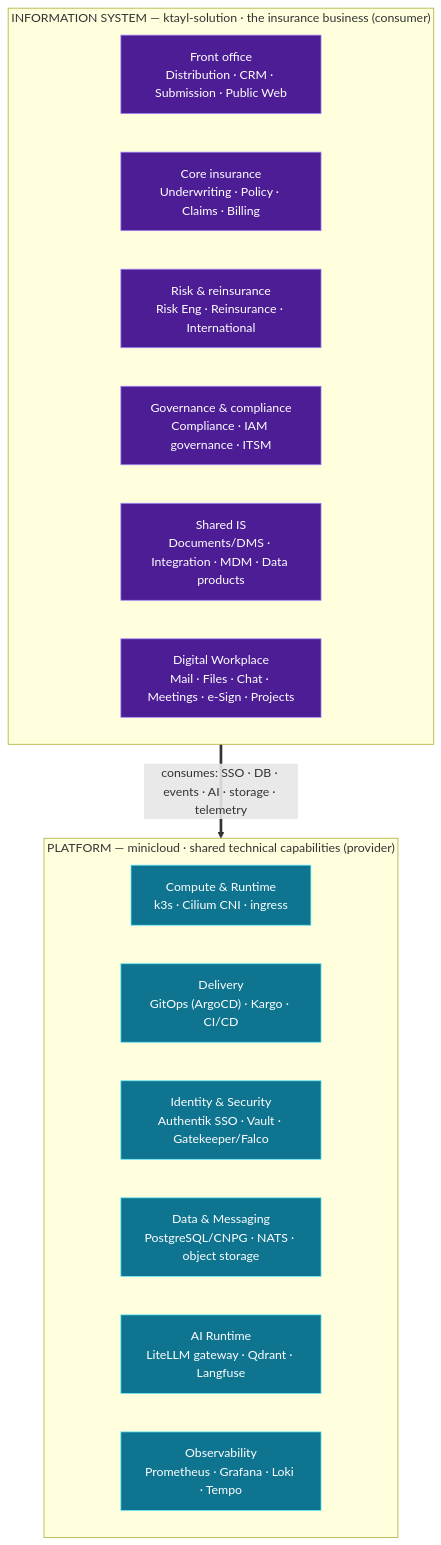
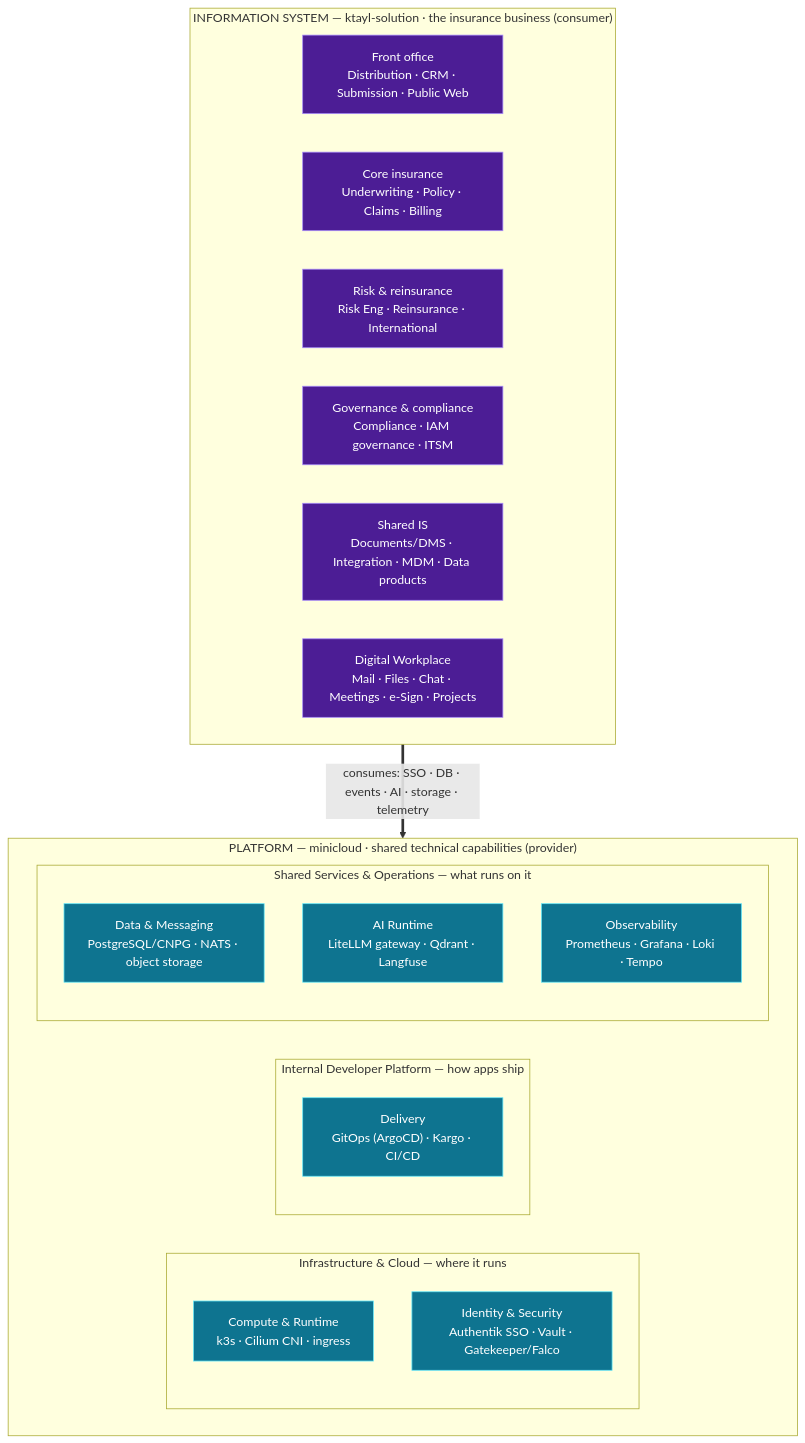
One commit to andrelair-platform/minicloud-platform-docs changed the diagram in docs/architecture/index.md. Above: the diagram before and after it, drawn with Mermaid. The commit also changed other lines of this file and 3 other files, not shown here.

First line of the commit message:
docs: one coherent Platform model across sidebar, architecture diagram & System Design (#458)

````diff
--- a/docs/architecture/index.md
+++ b/docs/architecture/index.md
@@ -48,29 +50,35 @@
 ```mermaid
 flowchart TB
   subgraph IS["INFORMATION SYSTEM — ktayl-solution · the insurance business (consumer)"]
     direction LR
     FO["Front office<br/>Distribution · CRM · Submission · Public Web"]
     CORE["Core insurance<br/>Underwriting · Policy · Claims · Billing"]
     RR["Risk &amp; reinsurance<br/>Risk Eng · Reinsurance · International"]
     GOV["Governance &amp; compliance<br/>Compliance · IAM governance · ITSM"]
     SHARED["Shared IS<br/>Documents/DMS · Integration · MDM · Data products"]
     DW["Digital Workplace<br/>Mail · Files · Chat · Meetings · e-Sign · Projects"]
   end
 
   subgraph PLAT["PLATFORM — minicloud · shared technical capabilities (provider)"]
     direction LR
-    RT["Compute &amp; Runtime<br/>k3s · Cilium CNI · ingress"]
-    DEL["Delivery<br/>GitOps (ArgoCD) · Kargo · CI/CD"]
-    SEC["Identity &amp; Security<br/>Authentik SSO · Vault · Gatekeeper/Falco"]
-    DATA["Data &amp; Messaging<br/>PostgreSQL/CNPG · NATS · object storage"]
-    AIR["AI Runtime<br/>LiteLLM gateway · Qdrant · Langfuse"]
-    OBS["Observability<br/>Prometheus · Grafana · Loki · Tempo"]
+    subgraph P1["Infrastructure &amp; Cloud — where it runs"]
+      RT["Compute &amp; Runtime<br/>k3s · Cilium CNI · ingress"]
+      SEC["Identity &amp; Security<br/>Authentik SSO · Vault · Gatekeeper/Falco"]
+    end
+    subgraph P2["Internal Developer Platform — how apps ship"]
+      DEL["Delivery<br/>GitOps (ArgoCD) · Kargo · CI/CD"]
+    end
+    subgraph P3["Shared Services &amp; Operations — what runs on it"]
+      DATA["Data &amp; Messaging<br/>PostgreSQL/CNPG · NATS · object storage"]
+      AIR["AI Runtime<br/>LiteLLM gateway · Qdrant · Langfuse"]
+      OBS["Observability<br/>Prometheus · Grafana · Loki · Tempo"]
+    end
   end
 
   IS ==>|"consumes: SSO · DB · events · AI · storage · telemetry"| PLAT
 
   classDef is fill:#4c1d95,stroke:#a78bfa,color:#ffffff;
   classDef plat fill:#0e7490,stroke:#67e8f9,color:#ffffff;
   class FO,CORE,RR,GOV,SHARED,DW is;
   class RT,DEL,SEC,DATA,AIR,OBS plat;
 ```
````
